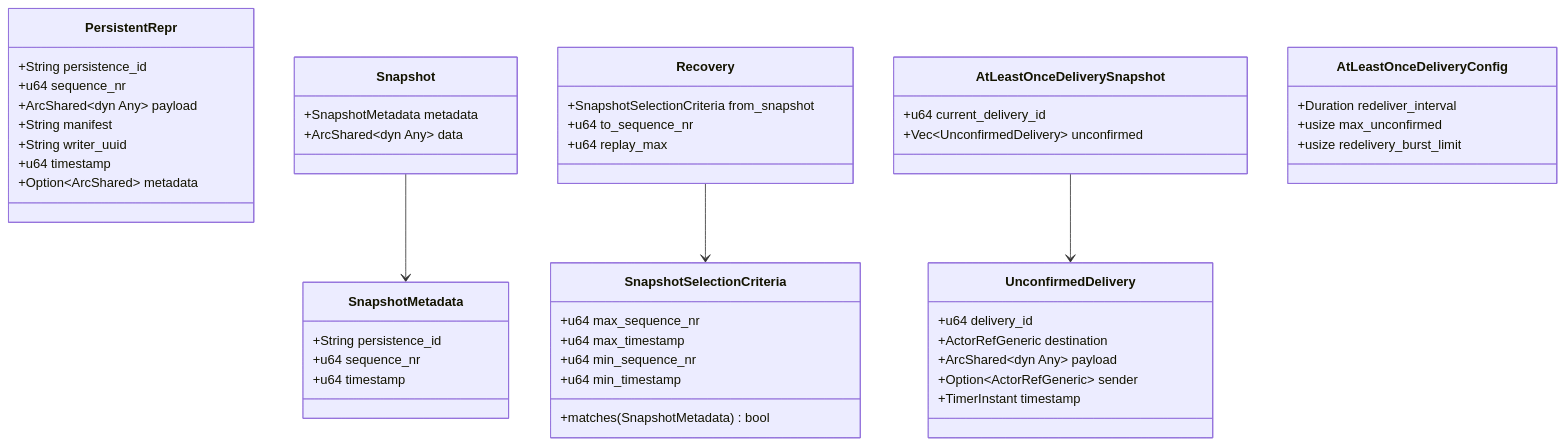
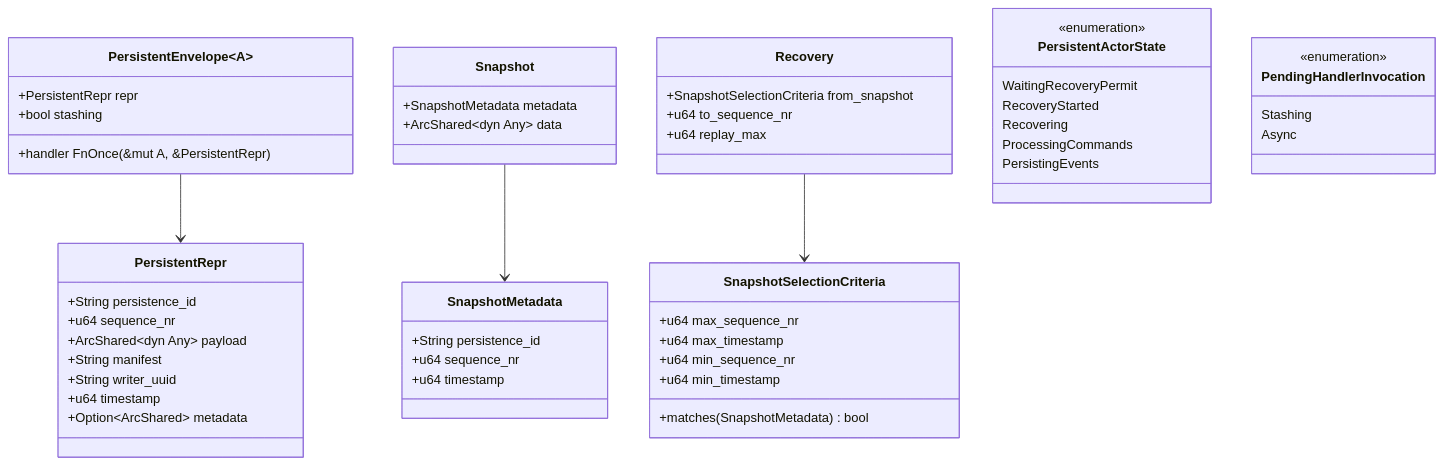
The fourth of 4 diagrams in .kiro/specs/untyped-persistence/design.md (j5ik2o/fraktor-rs), drawn with Mermaid before and after one commit. The commit also changed other lines of this file and 68 other files, not shown here.

Commit message:
feat: update persistence module with new snapshot and delivery features

````diff
--- a/.kiro/specs/untyped-persistence/design.md
+++ b/.kiro/specs/untyped-persistence/design.md
@@ -1290,60 +801,62 @@
 ```mermaid
 classDiagram
     class PersistentRepr {
         +String persistence_id
         +u64 sequence_nr
         +ArcShared~dyn Any~ payload
         +String manifest
         +String writer_uuid
         +u64 timestamp
         +Option~ArcShared~ metadata
+    }
+
+    class PersistentEnvelope~A~ {
+        +PersistentRepr repr
+        +handler FnOnce(&mut A, &PersistentRepr)
+        +bool stashing
     }
 
     class SnapshotMetadata {
         +String persistence_id
         +u64 sequence_nr
         +u64 timestamp
     }
 
     class Snapshot {
         +SnapshotMetadata metadata
         +ArcShared~dyn Any~ data
     }
 
     class SnapshotSelectionCriteria {
         +u64 max_sequence_nr
         +u64 max_timestamp
         +u64 min_sequence_nr
         +u64 min_timestamp
         +matches(SnapshotMetadata) bool
     }
 
     class Recovery {
         +SnapshotSelectionCriteria from_snapshot
         +u64 to_sequence_nr
         +u64 replay_max
     }
 
-    class AtLeastOnceDeliverySnapshot {
-        +u64 current_delivery_id
-        +Vec~UnconfirmedDelivery~ unconfirmed
+    class PersistentActorState {
+        <<enumeration>>
+        WaitingRecoveryPermit
+        RecoveryStarted
+        Recovering
+        ProcessingCommands
+        PersistingEvents
     }
 
-    class UnconfirmedDelivery {
-        +u64 delivery_id
-        +ActorRefGeneric destination
-        +ArcShared~dyn Any~ payload
-        +Option~ActorRefGeneric~ sender
-        +TimerInstant timestamp
-    }
-
-    class AtLeastOnceDeliveryConfig {
-        +Duration redeliver_interval
-        +usize max_unconfirmed
-        +usize redelivery_burst_limit
+    class PendingHandlerInvocation {
+        <<enumeration>>
+        Stashing
+        Async
     }
 
     Snapshot --> SnapshotMetadata
     Recovery --> SnapshotSelectionCriteria
-    AtLeastOnceDeliverySnapshot --> UnconfirmedDelivery
+    PersistentEnvelope --> PersistentRepr
 ```
````
